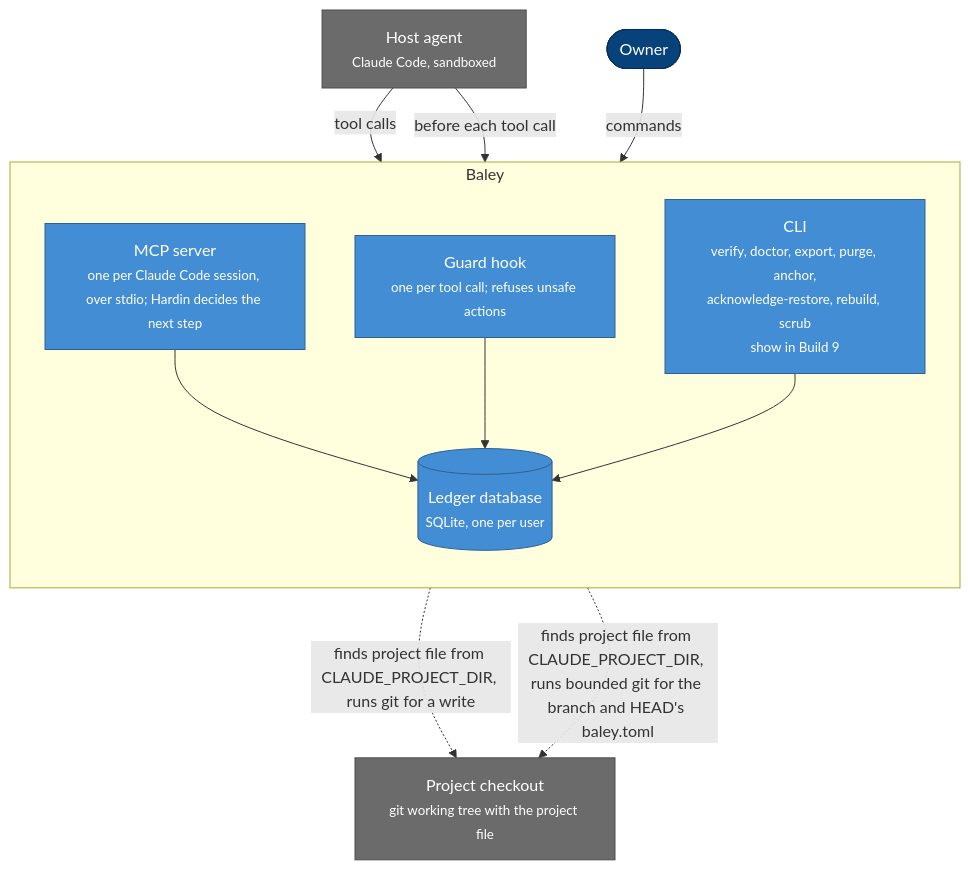
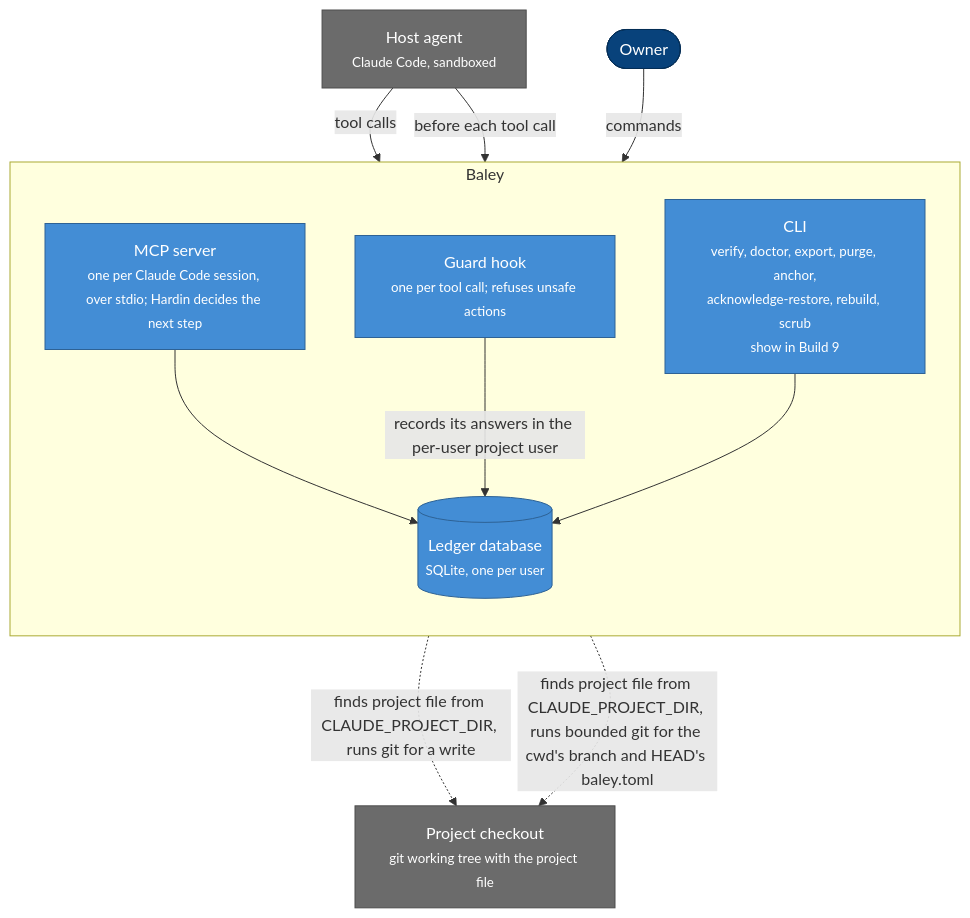
One commit to crenshawdev/baley changed the second of 14 diagrams in docs/design/0001-evidence-ledger.md. Above: the diagram before and after it, drawn with Mermaid. The commit also changed other lines of this file, not shown here.

First line of the commit message:
docs(design): record guard answers on user's guard stream in design 0001

````diff
--- a/docs/design/0001-evidence-ledger.md
+++ b/docs/design/0001-evidence-ledger.md
@@ -144,27 +144,27 @@
 ```mermaid
 flowchart TB
   owner(["Owner"])
   host["Host agent<br/><small>Claude Code, sandboxed</small>"]
   subgraph baley [Baley]
     direction TB
     server["MCP server<br/><small>one per Claude Code session, over stdio; Hardin decides the next step</small>"]
     guard["Guard hook<br/><small>one per tool call; refuses unsafe actions</small>"]
     cli["CLI<br/><small>verify, doctor, export, purge, anchor,<br/>acknowledge-restore, rebuild, scrub<br/>show in Build 9</small>"]
     db[("Ledger database<br/><small>SQLite, one per user</small>")]
   end
   checkout["Project checkout<br/><small>git working tree with the project file</small>"]
   host -->|tool calls| server
   host -->|before each tool call| guard
   owner -->|commands| cli
   server --> db
-  guard --> db
+  guard -->|records its answers in the per-user project user| db
   cli --> db
   server -.->|finds project file from CLAUDE_PROJECT_DIR, runs git for a write| checkout
-  guard -.->|finds project file from CLAUDE_PROJECT_DIR, runs bounded git for the branch and HEAD's baley.toml| checkout
+  guard -.->|finds project file from CLAUDE_PROJECT_DIR, runs bounded git for the cwd's branch and HEAD's baley.toml| checkout
   classDef person fill:#08427b,stroke:#052e56,color:#fff
   classDef container fill:#438dd5,stroke:#2e6295,color:#fff
   classDef external fill:#6b6b6b,stroke:#4d4d4d,color:#fff
   class owner person
   class server,guard,cli,db container
   class host,checkout external
 ```
````
